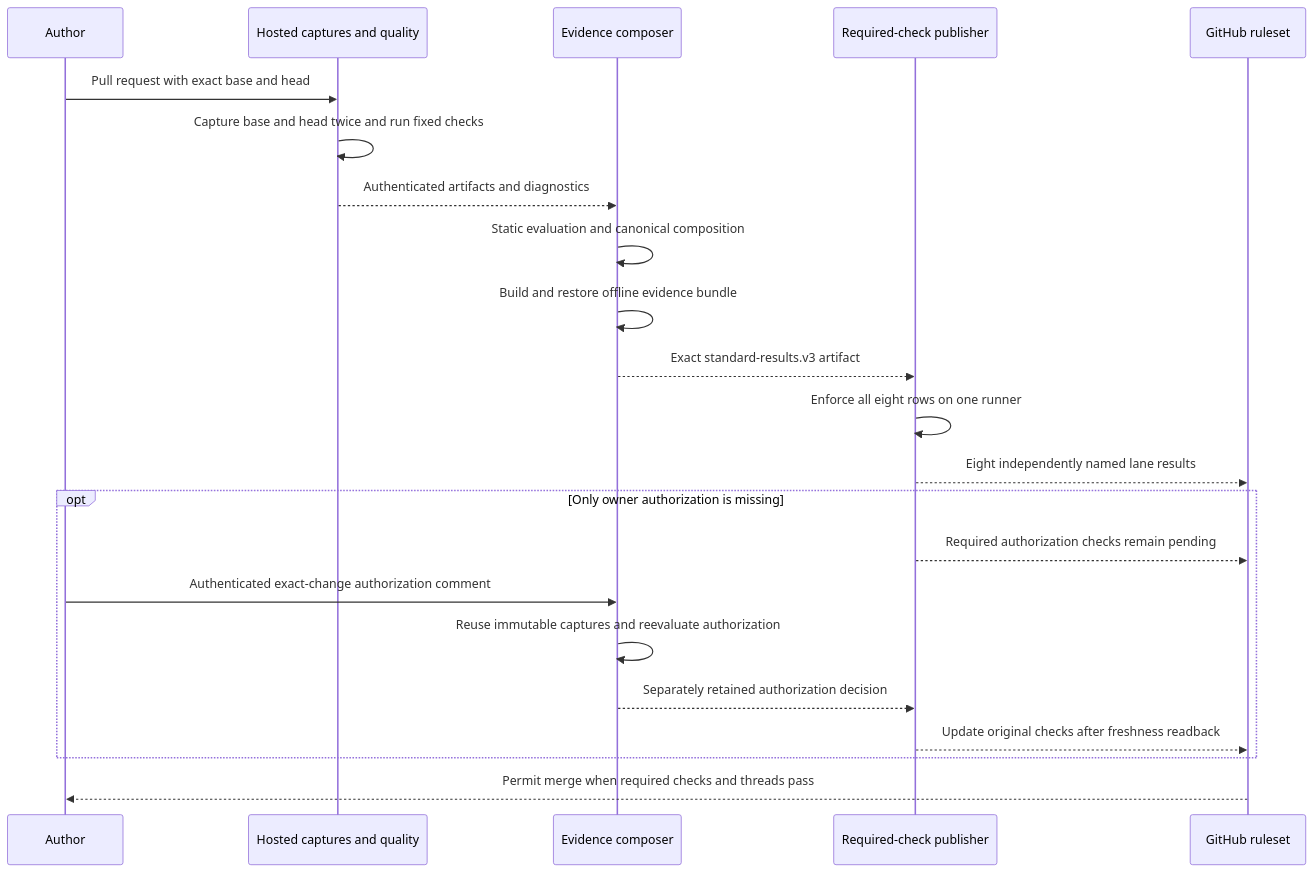
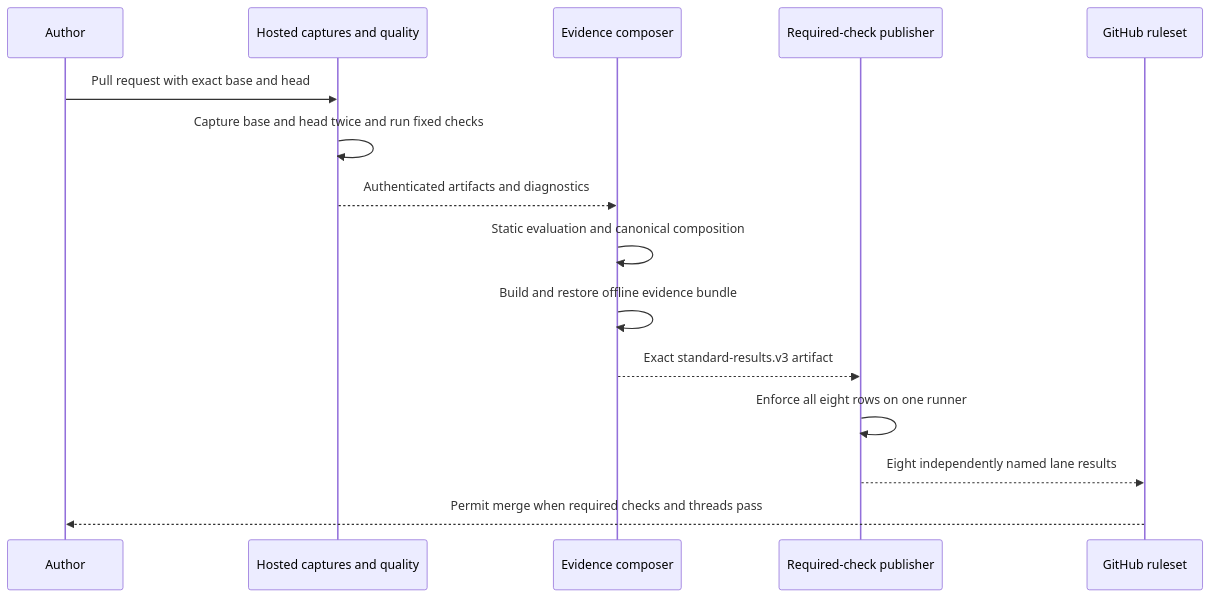
The diagram in docs/product/Pull-Request-Lifecycle.md (mbh-solutions/supportability-gate), drawn with Mermaid before and after one commit. The commit also changed other lines of this file and 24 other files, not shown here.

Commit message:
Separate owner task authorization from verified technical evidence

````diff
--- a/docs/product/Pull-Request-Lifecycle.md
+++ b/docs/product/Pull-Request-Lifecycle.md
@@ -3,24 +3,17 @@
 ```mermaid
 sequenceDiagram
     participant A as Author
     participant H as Hosted captures and quality
     participant E as Evidence composer
     participant G as Required-check publisher
     participant R as GitHub ruleset
     A->>H: Pull request with exact base and head
     H->>H: Capture base and head twice and run fixed checks
     H-->>E: Authenticated artifacts and diagnostics
     E->>E: Static evaluation and canonical composition
     E->>E: Build and restore offline evidence bundle
     E-->>G: Exact standard-results.v3 artifact
     G->>G: Enforce all eight rows on one runner
     G-->>R: Eight independently named lane results
-    opt Only owner authorization is missing
-        G-->>R: Required authorization checks remain pending
-        A->>E: Authenticated exact-change authorization comment
-        E->>E: Reuse immutable captures and reevaluate authorization
-        E-->>G: Separately retained authorization decision
-        G-->>R: Update original checks after freshness readback
-    end
     R-->>A: Permit merge when required checks and threads pass
 ```
````
